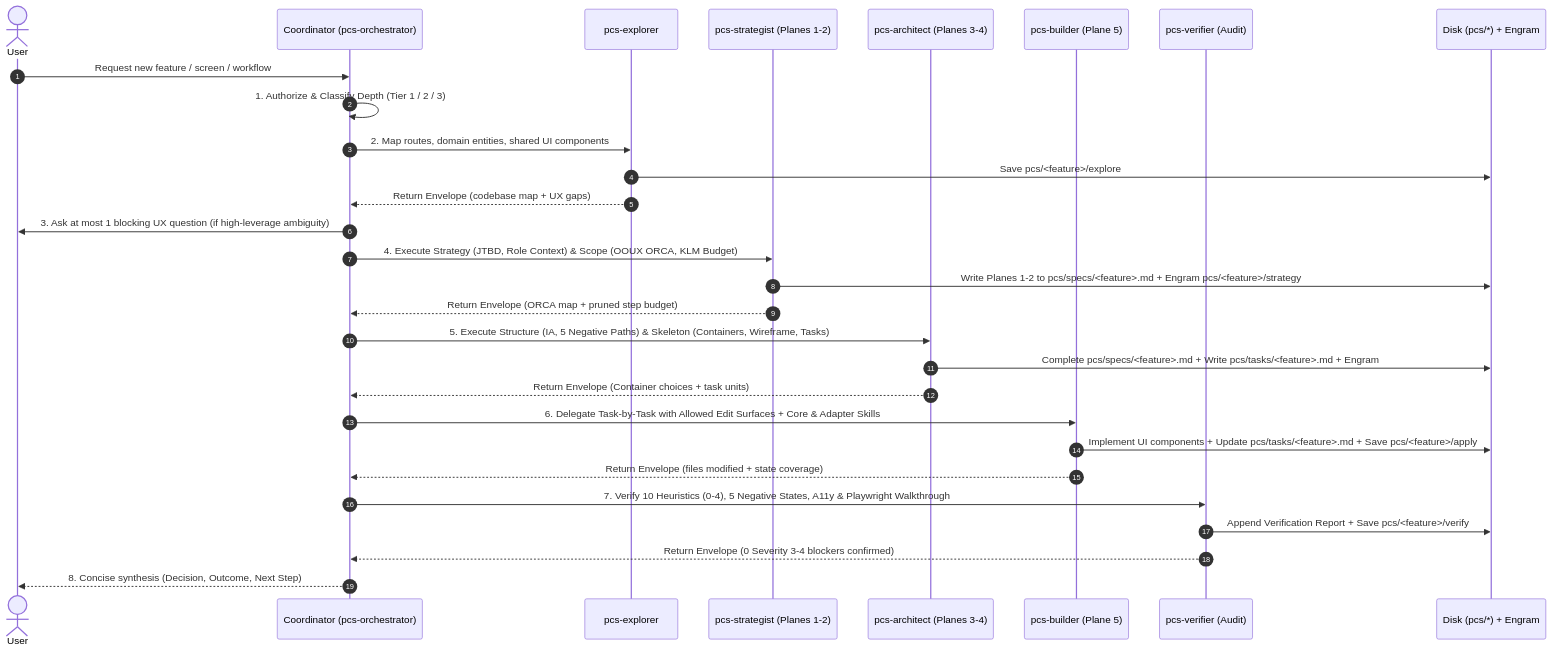
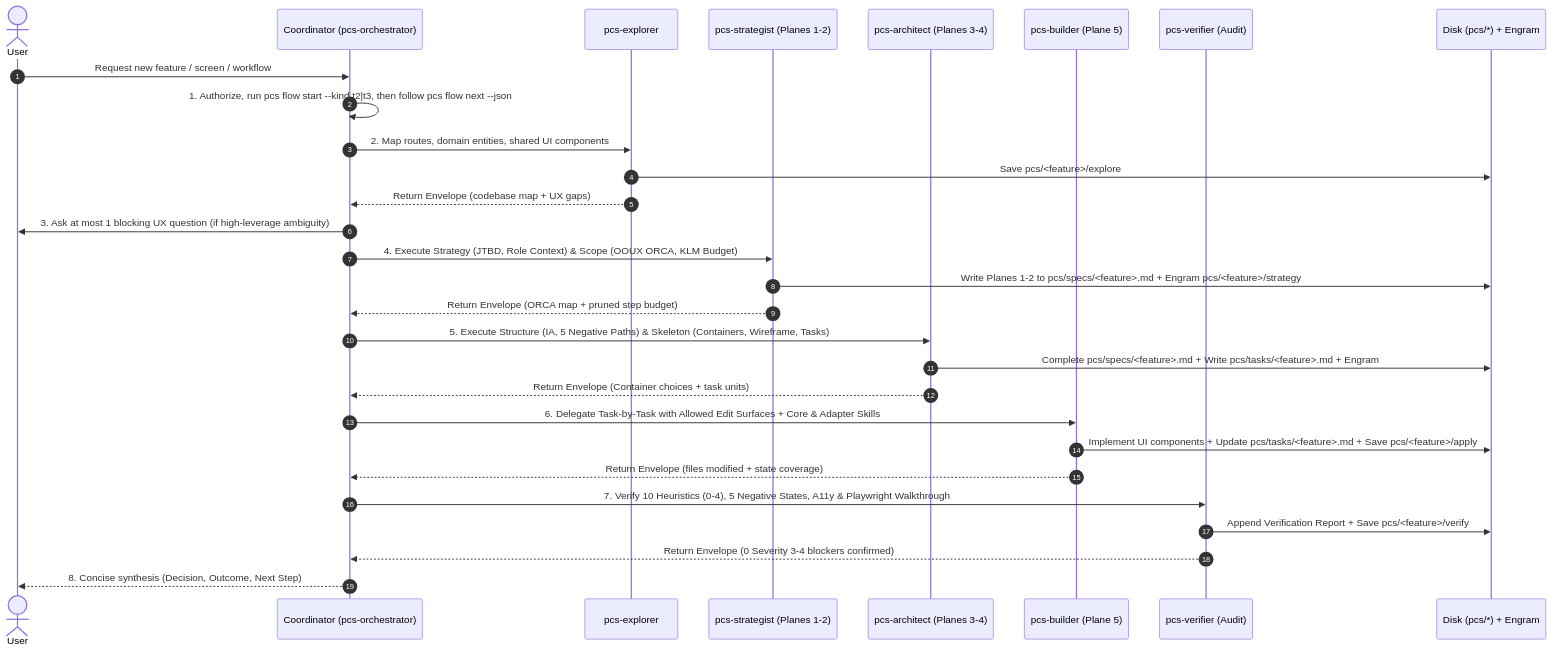
The second of 2 diagrams in docs/architecture.md (yorth21/pcs), drawn with Mermaid before and after one commit. The commit also changed other lines of this file and 10 other files, not shown here.

First line of the commit message:
feat(brain): route every request through pcs flow transitions

````diff
--- a/docs/architecture.md
+++ b/docs/architecture.md
@@ -70,32 +70,32 @@
 ```mermaid
 sequenceDiagram
     autonumber
     actor User
     participant Orch as Coordinator (pcs-orchestrator)
     participant Exp as pcs-explorer
     participant Str as pcs-strategist (Planes 1-2)
     participant Arc as pcs-architect (Planes 3-4)
     participant Bld as pcs-builder (Plane 5)
     participant Ver as pcs-verifier (Audit)
     participant Store as Disk (pcs/*) + Engram
 
     User->>Orch: Request new feature / screen / workflow
-    Orch->>Orch: 1. Authorize & Classify Depth (Tier 1 / 2 / 3)
+    Orch->>Orch: 1. Authorize, run pcs flow start --kind t2|t3, then follow pcs flow next --json
     Orch->>Exp: 2. Map routes, domain entities, shared UI components
     Exp->>Store: Save pcs/<feature>/explore
     Exp-->>Orch: Return Envelope (codebase map + UX gaps)
     Orch->>User: 3. Ask at most 1 blocking UX question (if high-leverage ambiguity)
     Orch->>Str: 4. Execute Strategy (JTBD, Role Context) & Scope (OOUX ORCA, KLM Budget)
     Str->>Store: Write Planes 1-2 to pcs/specs/<feature>.md + Engram pcs/<feature>/strategy
     Str-->>Orch: Return Envelope (ORCA map + pruned step budget)
     Orch->>Arc: 5. Execute Structure (IA, 5 Negative Paths) & Skeleton (Containers, Wireframe, Tasks)
     Arc->>Store: Complete pcs/specs/<feature>.md + Write pcs/tasks/<feature>.md + Engram
     Arc-->>Orch: Return Envelope (Container choices + task units)
     Orch->>Bld: 6. Delegate Task-by-Task with Allowed Edit Surfaces + Core & Adapter Skills
     Bld->>Store: Implement UI components + Update pcs/tasks/<feature>.md + Save pcs/<feature>/apply
     Bld-->>Orch: Return Envelope (files modified + state coverage)
     Orch->>Ver: 7. Verify 10 Heuristics (0-4), 5 Negative States, A11y & Playwright Walkthrough
     Ver->>Store: Append Verification Report + Save pcs/<feature>/verify
     Ver-->>Orch: Return Envelope (0 Severity 3-4 blockers confirmed)
     Orch-->>User: 8. Concise synthesis (Decision, Outcome, Next Step)
 ```
````
